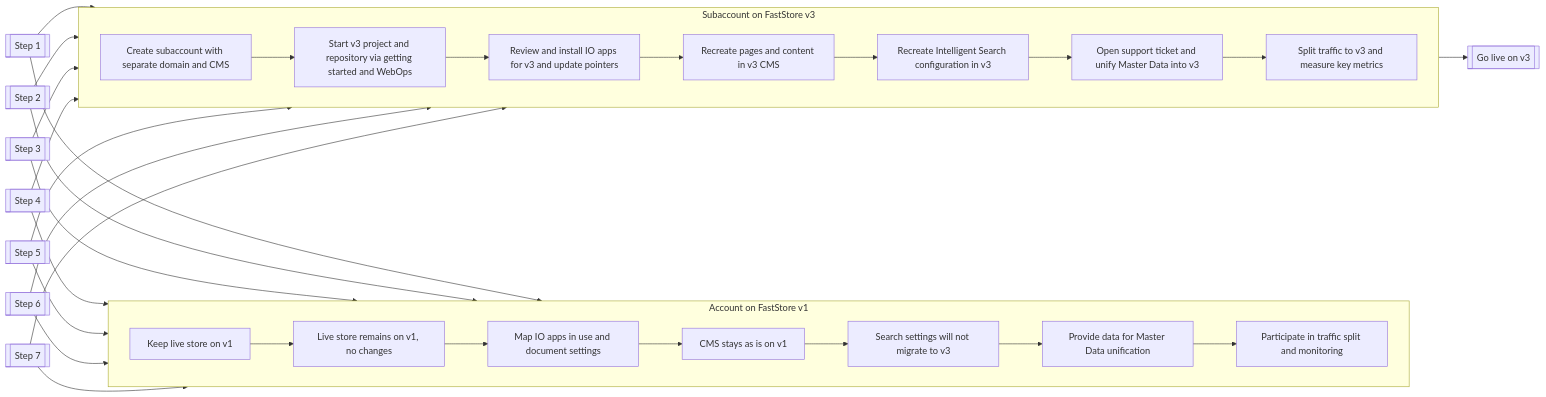
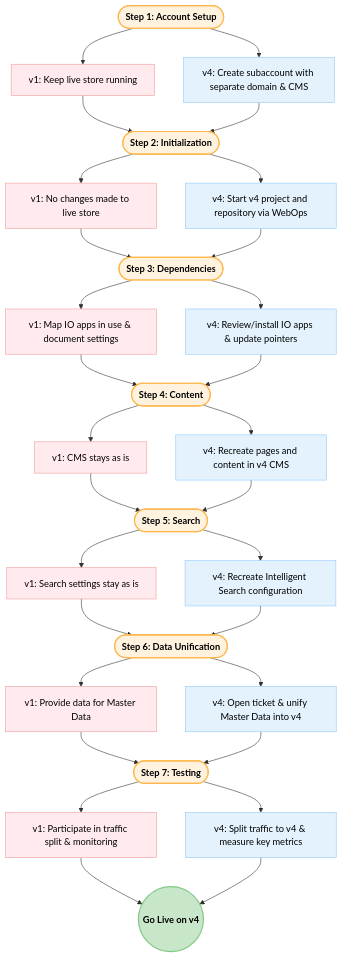
One commit to vtexdocs/dev-portal-content changed the diagram in docs/faststore/docs/getting-started/faststore-v1-to-v4.mdx. Above: the diagram before and after it, drawn with Mermaid. The commit also changed other lines of this file, not shown here.

Commit message:
update: migration guide for FastStore

````diff
--- a/docs/faststore/docs/getting-started/faststore-v1-to-v4.mdx
+++ b/docs/faststore/docs/getting-started/faststore-v1-to-v4.mdx
@@ -21,48 +17,59 @@
 ```mermaid
-flowchart LR
+flowchart TB
+    classDef v1Task fill:#ffebee,stroke:#ef9a9a,color:#000
+    classDef v4Task fill:#e3f2fd,stroke:#90caf9,color:#000
+    classDef stepLabel fill:#fff3e0,stroke:#ffb74d,stroke-width:2px,font-weight:bold,color:#000
+    classDef final fill:#c8e6c9,stroke:#81c784,stroke-width:2px,font-weight:bold,color:#000
 
-step1[[Step 1]]
-step2[[Step 2]]
-step3[[Step 3]]
-step4[[Step 4]]
-step5[[Step 5]]
-step6[[Step 6]]
-step7[[Step 7]]
-done[[Go live on v3]]
+    S1(["Step 1: Account Setup"]):::stepLabel
+    S1_1["v1: Keep live store running"]:::v1Task
+    S1_4["v4: Create subaccount with separate domain & CMS"]:::v4Task
 
-subgraph L1[Account on FastStore v1]
-direction LR
-v1_s1[Keep live store on v1] --> v1_s2[Live store remains on v1, no changes]
-v1_s2 --> v1_s3[Map IO apps in use and document settings]
-v1_s3 --> v1_s4[CMS stays as is on v1]
-v1_s4 --> v1_s5[Search settings will not migrate to v3]
-v1_s5 --> v1_s6[Provide data for Master Data unification]
-v1_s6 --> v1_s7[Participate in traffic split and monitoring]
-end
+    S2(["Step 2: Initialization"]):::stepLabel
+    S2_1["v1: No changes made to live store"]:::v1Task
+    S2_4["v4: Start v4 project and repository via WebOps"]:::v4Task
 
-subgraph L2[Subaccount on FastStore v3]
-direction LR 
-v3_s1[Create subaccount with separate domain and CMS] --> v3_s2[Start v3 project and repository via getting started and WebOps]
-v3_s2 --> v3_s3[Review and install IO apps for v3 and update pointers]
-v3_s3 --> v3_s4[Recreate pages and content in v3 CMS]
-v3_s4 --> v3_s5[Recreate Intelligent Search configuration in v3]
-v3_s5 --> v3_s6[Open support ticket and unify Master Data into v3]
-v3_s6 --> v3_s7[Split traffic to v3 and measure key metrics]
-end
+    S3(["Step 3: Dependencies"]):::stepLabel
+    S3_1["v1: Map IO apps in use & document settings"]:::v1Task
+    S3_4["v4: Review/install IO apps & update pointers"]:::v4Task
 
-step1 --> v1_s1
-step1 --> v3_s1
-step2 --> v1_s2
-step2 --> v3_s2
-step3 --> v1_s3
-step3 --> v3_s3
-step4 --> v1_s4
-step4 --> v3_s4
-step5 --> v1_s5
-step5 --> v3_s5
-step6 --> v1_s6
-step6 --> v3_s6
-step7 --> v1_s7
-step7 --> v3_s7
-v3_s7 --> done
+    S4(["Step 4: Content"]):::stepLabel
+    S4_1["v1: CMS stays as is"]:::v1Task
+    S4_4["v4: Recreate pages and content in v4 CMS"]:::v4Task
+
+    S5(["Step 5: Search"]):::stepLabel
+    S5_1["v1: Search settings stay as is"]:::v1Task
+    S5_4["v4: Recreate Intelligent Search configuration"]:::v4Task
+
+    S6(["Step 6: Data Unification"]):::stepLabel
+    S6_1["v1: Provide data for Master Data"]:::v1Task
+    S6_4["v4: Open ticket & unify Master Data into v4"]:::v4Task
+
+    S7(["Step 7: Testing"]):::stepLabel
+    S7_1["v1: Participate in traffic split & monitoring"]:::v1Task
+    S7_4["v4: Split traffic to v4 & measure key metrics"]:::v4Task
+
+    Done((Go Live on v4)):::final
+
+    %% Flow logic
+    S1 --> S1_1 & S1_4
+    S1_1 & S1_4 --> S2
+    
+    S2 --> S2_1 & S2_4
+    S2_1 & S2_4 --> S3
+    
+    S3 --> S3_1 & S3_4
+    S3_1 & S3_4 --> S4
+    
+    S4 --> S4_1 & S4_4
+    S4_1 & S4_4 --> S5
+    
+    S5 --> S5_1 & S5_4
+    S5_1 & S5_4 --> S6
+    
+    S6 --> S6_1 & S6_4
+    S6_1 & S6_4 --> S7
+    
+    S7 --> S7_1 & S7_4
+    S7_1 & S7_4 --> Done
 ```
````
